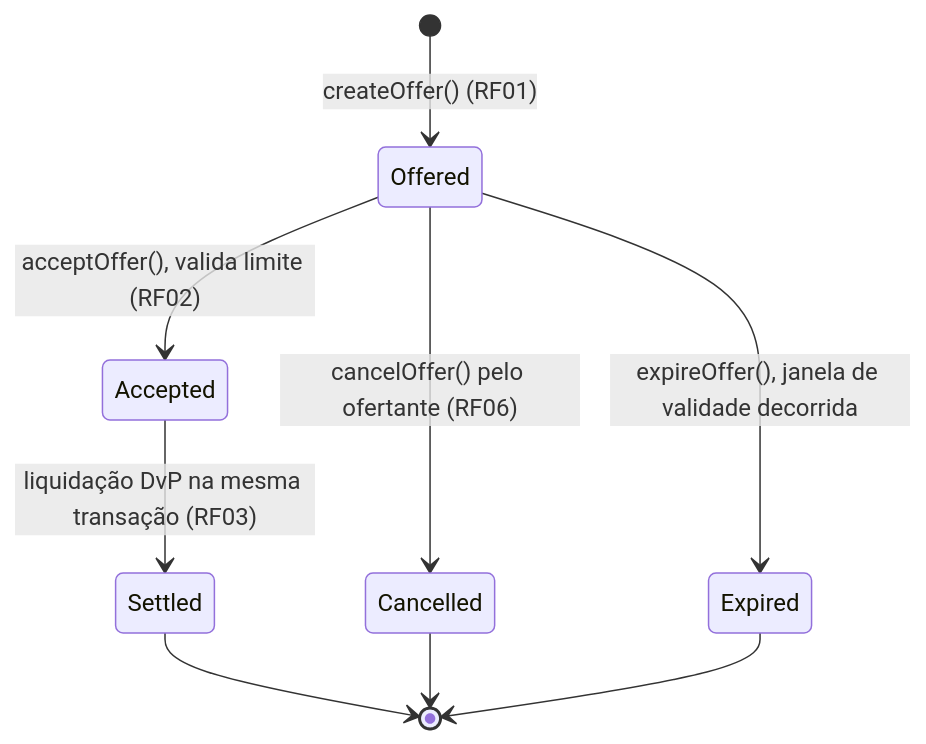
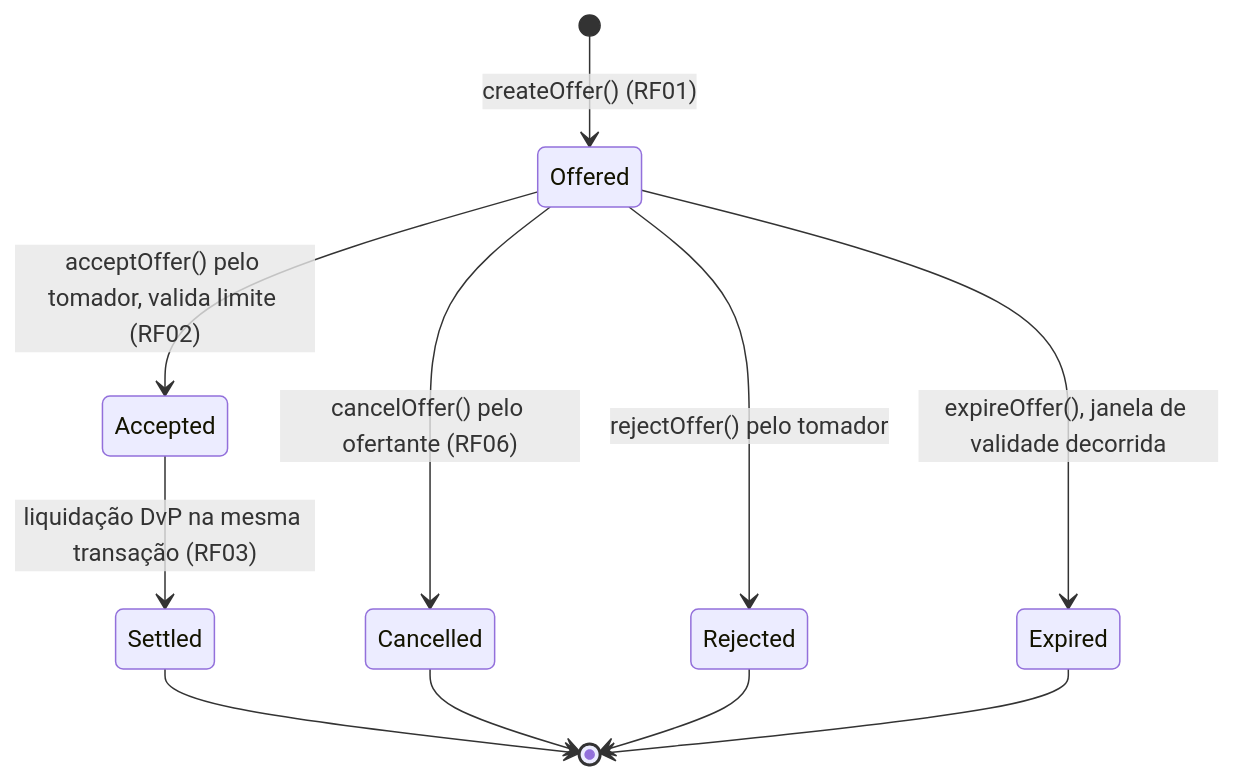
The diagram in contracts/docs/maquina-estados-oferta.md (InteliBlockchain-IBC/projeto-banco-inter), drawn with Mermaid before and after one commit. The commit also changed other lines of this file and 2 other files, not shown here.

````diff
--- a/contracts/docs/maquina-estados-oferta.md
+++ b/contracts/docs/maquina-estados-oferta.md
@@ -38,11 +59,13 @@
 ```mermaid
 stateDiagram-v2
     [*] --> Offered: createOffer() (RF01)
-    Offered --> Accepted: acceptOffer(), valida limite (RF02)
+    Offered --> Accepted: acceptOffer() pelo tomador, valida limite (RF02)
     Accepted --> Settled: liquidação DvP na mesma transação (RF03)
     Offered --> Cancelled: cancelOffer() pelo ofertante (RF06)
+    Offered --> Rejected: rejectOffer() pelo tomador
     Offered --> Expired: expireOffer(), janela de validade decorrida
     Settled --> [*]
     Cancelled --> [*]
+    Rejected --> [*]
     Expired --> [*]
 ```
````
